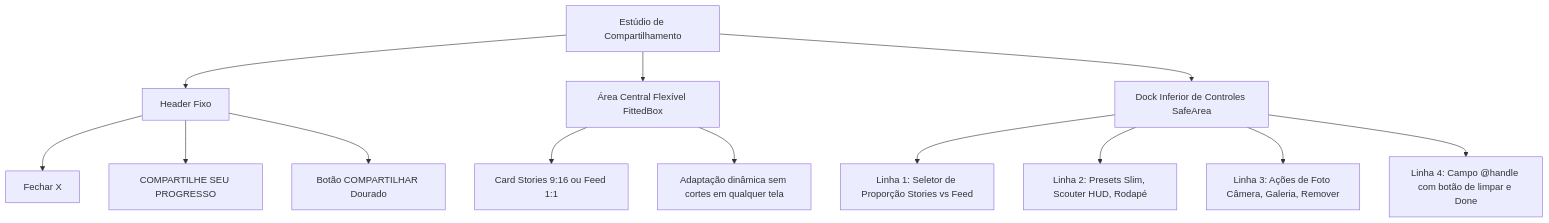
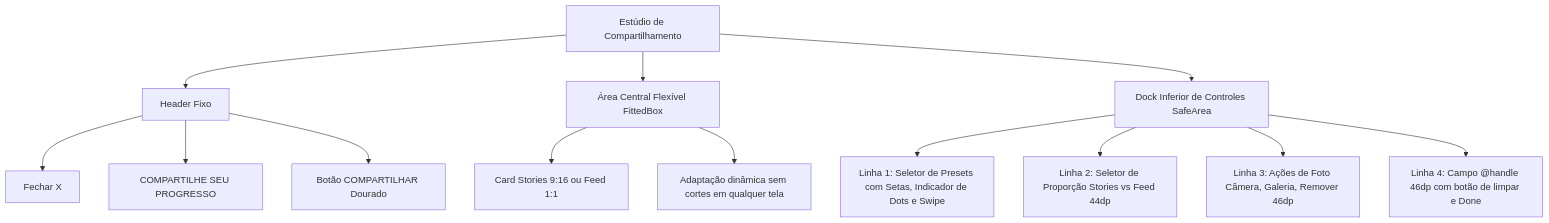
Before and after one commit to Luan-Diniz02/Gym_Saiyajin: the second of 2 diagrams in docs/UI_UX.md, drawn with Mermaid. The commit also changed 5 other files, not shown here.

Commit message:
feat(share): seletor de presets com setas/swipe e botoes ergonomicos de 46dp

````diff
--- a/docs/UI_UX.md
+++ b/docs/UI_UX.md
@@ -117,18 +117,18 @@
 ```mermaid
 graph TD
     A[Estúdio de Compartilhamento] --> B[Header Fixo]
     A --> C[Área Central Flexível FittedBox]
     A --> D[Dock Inferior de Controles SafeArea]
 
     B --> B1[Fechar X]
     B --> B2[COMPARTILHE SEU PROGRESSO]
     B --> B3[Botão COMPARTILHAR Dourado]
 
     C --> C1[Card Stories 9:16 ou Feed 1:1]
     C --> C2[Adaptação dinâmica sem cortes em qualquer tela]
 
-    D --> D1[Linha 1: Seletor de Proporção Stories vs Feed]
-    D --> D2[Linha 2: Presets Slim, Scouter HUD, Rodapé]
-    D --> D3[Linha 3: Ações de Foto Câmera, Galeria, Remover]
-    D --> D4[Linha 4: Campo @handle com botão de limpar e Done]
+    D --> D1[Linha 1: Seletor de Presets com Setas, Indicador de Dots e Swipe]
+    D --> D2[Linha 2: Seletor de Proporção Stories vs Feed 44dp]
+    D --> D3[Linha 3: Ações de Foto Câmera, Galeria, Remover 46dp]
+    D --> D4[Linha 4: Campo @handle 46dp com botão de limpar e Done]
 ```
````
